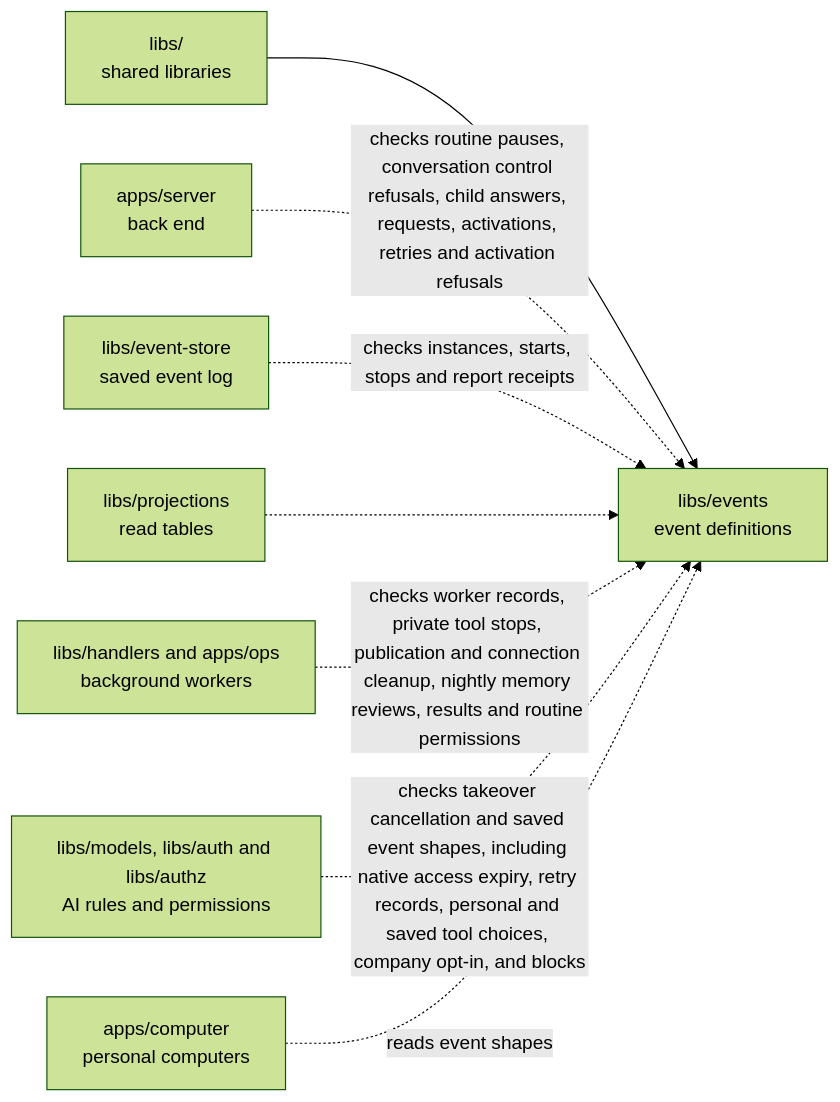
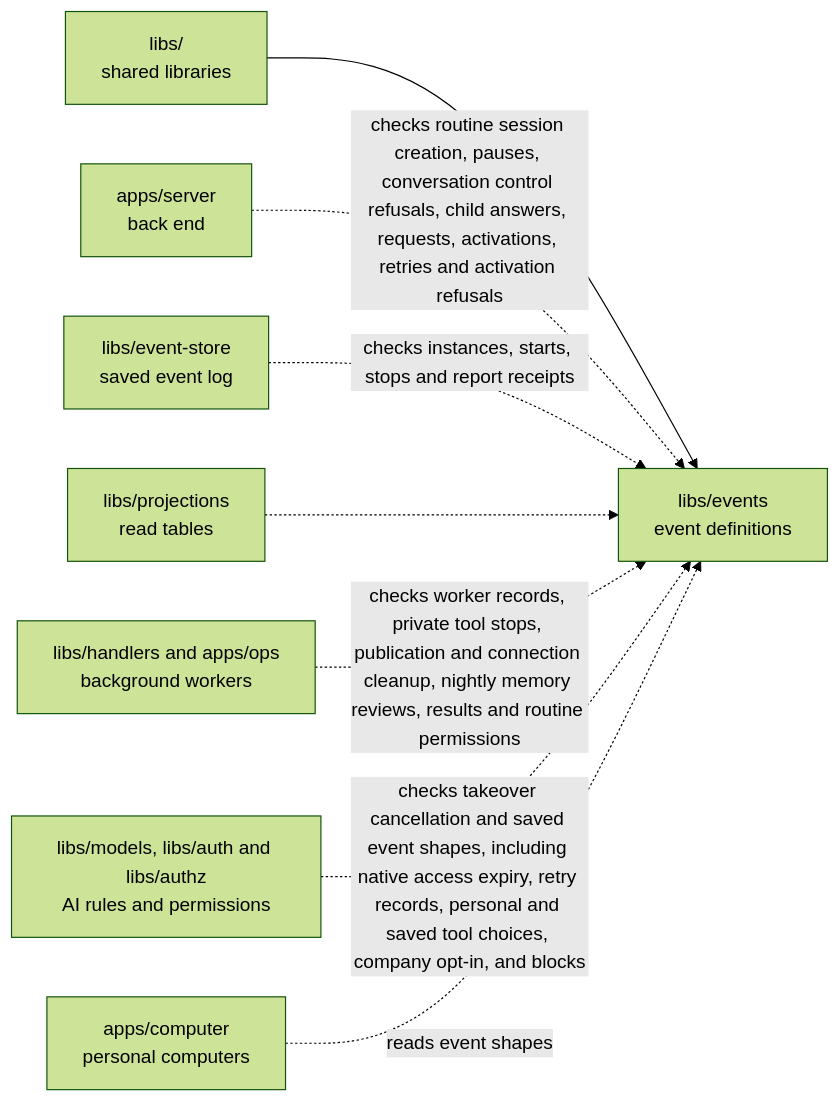
One commit to elewa-git/opencrane-new changed the diagram in libs/events/README.md. Above: the diagram before and after it, drawn with Mermaid (forest theme). The commit also changed other lines of this file and 8 other files, not shown here.

Commit message:
🔒 Bind routine session creation to the saved claim and trusted worker

````diff
--- a/libs/events/README.md
+++ b/libs/events/README.md
@@ -24,10 +24,10 @@
 ```mermaid
 flowchart LR
   parent["libs/<br/>shared libraries"] --> events["libs/events<br/>event definitions"]
-  server["apps/server<br/>back end"] -.->|checks routine pauses, conversation control refusals, child answers, requests, activations, retries and activation refusals| events
+  server["apps/server<br/>back end"] -.->|checks routine session creation, pauses, conversation control refusals, child answers, requests, activations, retries and activation refusals| events
   store["libs/event-store<br/>saved event log"] -.->|checks instances, starts, stops and report receipts| events
   projections["libs/projections<br/>read tables"] -.-> events
   workers["libs/handlers and apps/ops<br/>background workers"] -.->|checks worker records, private tool stops, publication and connection cleanup, nightly memory reviews, results and routine permissions| events
   models["libs/models, libs/auth and libs/authz<br/>AI rules and permissions"] -.->|checks takeover cancellation and saved event shapes, including native access expiry, retry records, personal and saved tool choices, company opt-in, and blocks| events
   computer["apps/computer<br/>personal computers"] -.->|reads event shapes| events
 ```
````
